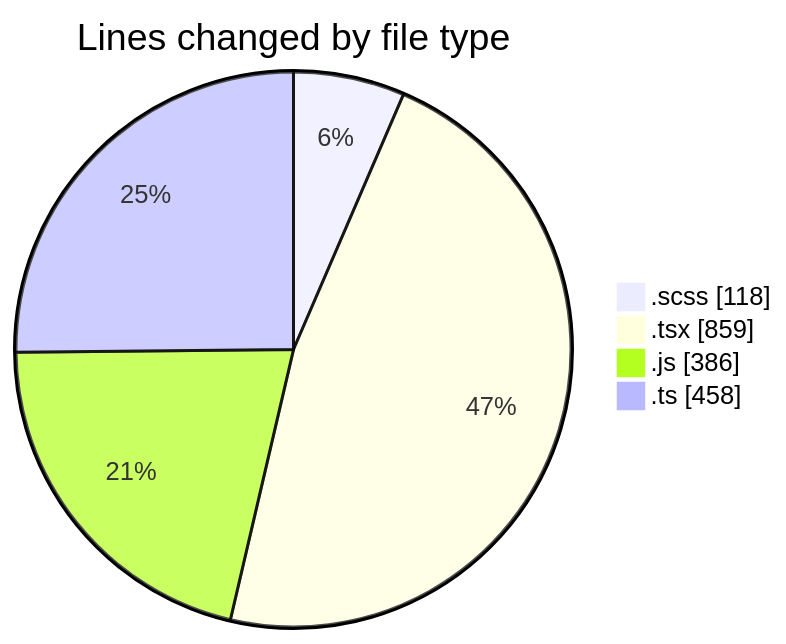
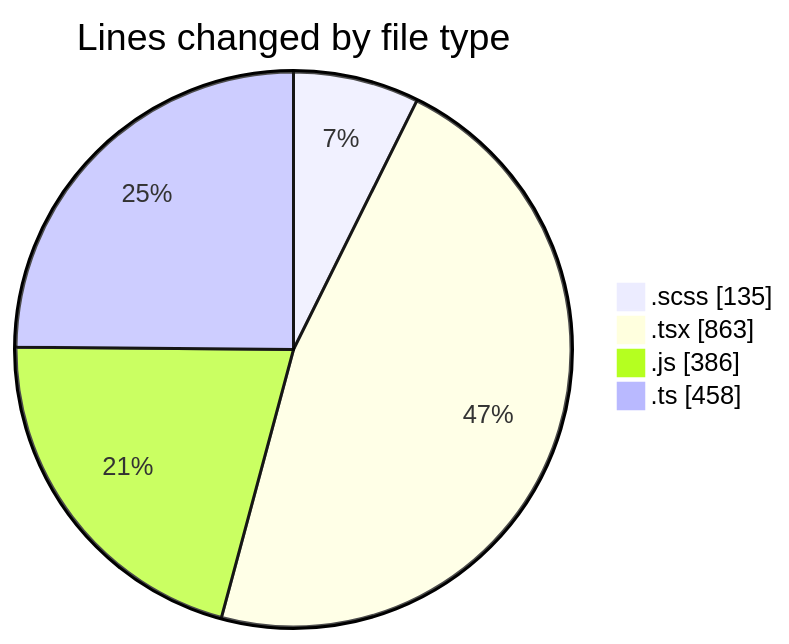
One commit to momahboobian/code-tracking changed the first of 2 diagrams in 2025-03-14/cda/README.md. Above: the diagram before and after it, drawn with Mermaid. The commit also changed other lines of this file and 1 other file, not shown here.

````diff
--- a/2025-03-14/cda/README.md
+++ b/2025-03-14/cda/README.md
@@ -34,8 +34,8 @@
 ```mermaid
 pie showData
 title Lines changed by file type
-".scss" : 118
-".tsx" : 859
+".scss" : 135
+".tsx" : 863
 ".js" : 386
 ".ts" : 458
 ```
````
